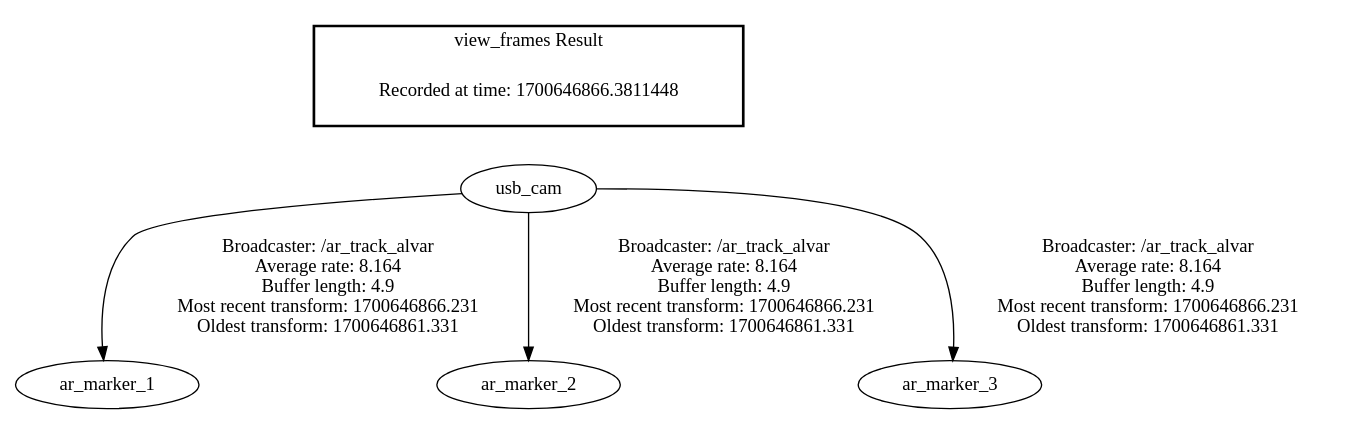
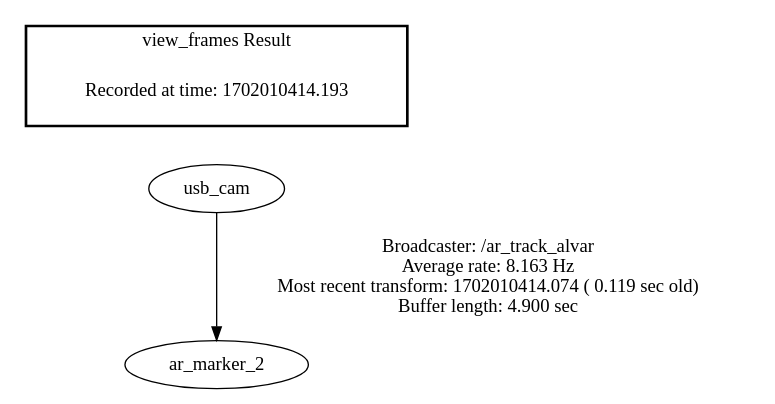
One commit to edguanuna/Germinator changed the diagram in catkin_ws/frames.gv. Above: the diagram before and after it, drawn with Graphviz. The commit also changed 62 other files, not shown here.

```diff
--- a/catkin_ws/frames.gv
+++ b/catkin_ws/frames.gv
@@ -1,9 +1,7 @@
 digraph G {
-"usb_cam" -> "ar_marker_1"[label=" Broadcaster: /ar_track_alvar\nAverage rate: 8.164\nBuffer length: 4.9\nMost recent transform: 1700646866.231\nOldest transform: 1700646861.331\n"];
-"usb_cam" -> "ar_marker_2"[label=" Broadcaster: /ar_track_alvar\nAverage rate: 8.164\nBuffer length: 4.9\nMost recent transform: 1700646866.231\nOldest transform: 1700646861.331\n"];
-"usb_cam" -> "ar_marker_3"[label=" Broadcaster: /ar_track_alvar\nAverage rate: 8.164\nBuffer length: 4.9\nMost recent transform: 1700646866.231\nOldest transform: 1700646861.331\n"];
+"usb_cam" -> "ar_marker_2"[label="Broadcaster: /ar_track_alvar\nAverage rate: 8.163 Hz\nMost recent transform: 1702010414.074 ( 0.119 sec old)\nBuffer length: 4.900 sec\n"];
 edge [style=invis];
  subgraph cluster_legend { style=bold; color=black; label ="view_frames Result";
-"Recorded at time: 1700646866.3811448"[ shape=plaintext ] ;
-}->"usb_cam";
+"Recorded at time: 1702010414.193"[ shape=plaintext ] ;
+ }->"usb_cam";
 }
```
